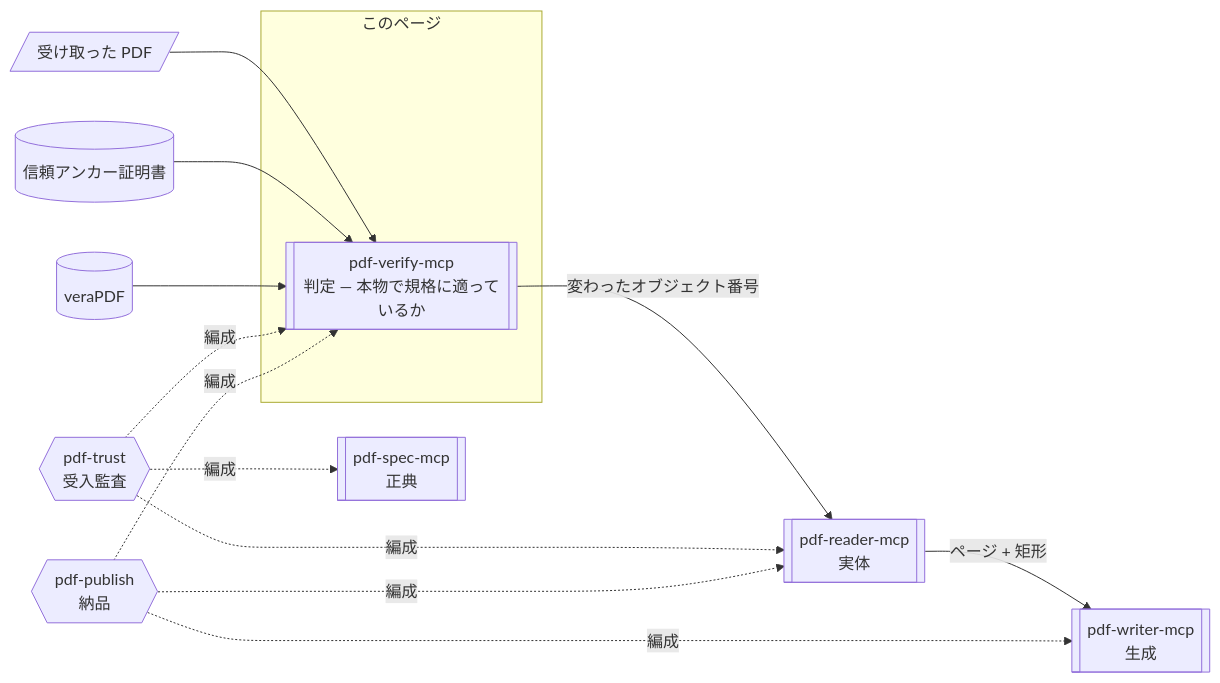
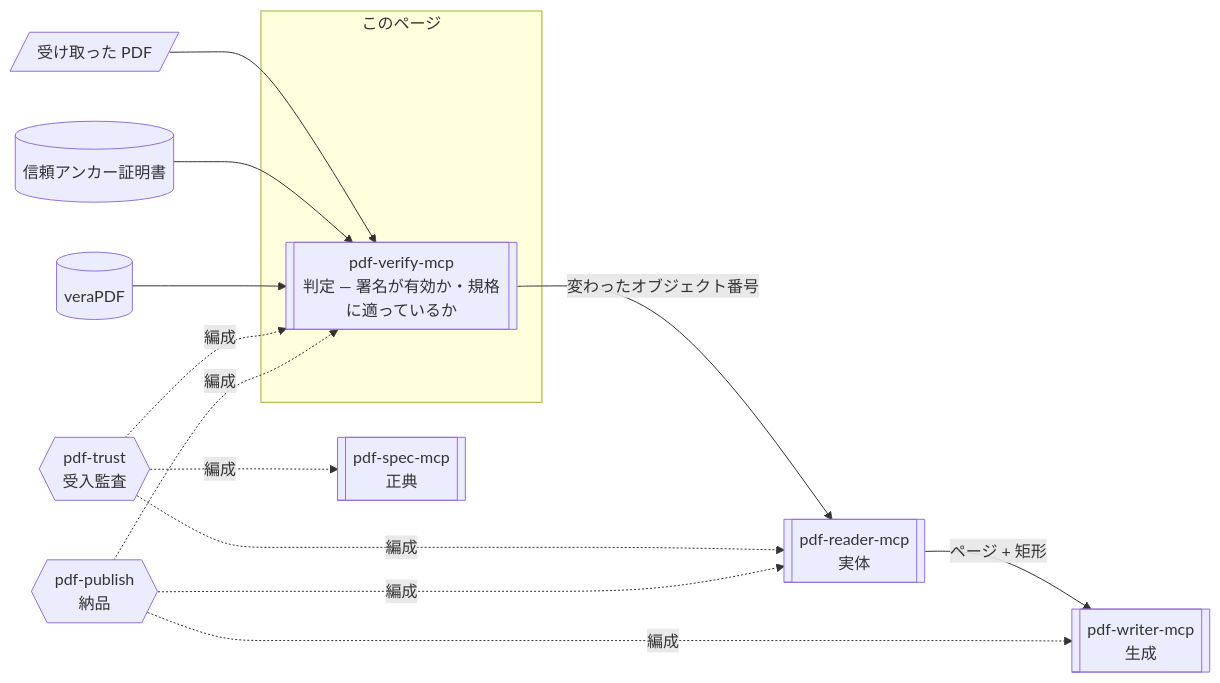
Before and after one commit to shuji-bonji/pdf-agent-stack: the diagram in site/docs/ja/mcp/pdf-verify.md, drawn with Mermaid. The commit also changed other lines of this file and 10 other files, not shown here.

````diff
--- a/site/docs/ja/mcp/pdf-verify.md
+++ b/site/docs/ja/mcp/pdf-verify.md
@@ -34,17 +34,17 @@
 ```mermaid
 graph LR
   TARGET[/"受け取った PDF"/] --> VERIFY
   ANCHORS[("信頼アンカー証明書")] --> VERIFY
   VERA[("veraPDF")] --> VERIFY
 
   subgraph SELF["このページ"]
-    VERIFY[["pdf-verify-mcp<br>判定 — 本物で規格に適っているか"]]
+    VERIFY[["pdf-verify-mcp<br>判定 — 署名が有効か・規格に適っているか"]]
   end
 
   VERIFY -->|変わったオブジェクト番号| READER[["pdf-reader-mcp<br>実体"]]
   READER -->|ページ + 矩形| WRITER[["pdf-writer-mcp<br>生成"]]
   SPEC[["pdf-spec-mcp<br>正典"]]
 
   TRUST{{"pdf-trust<br>受入監査"}} -.->|編成| VERIFY & READER & SPEC
   PUBLISH{{"pdf-publish<br>納品"}} -.->|編成| WRITER & READER & VERIFY
 ```
````
